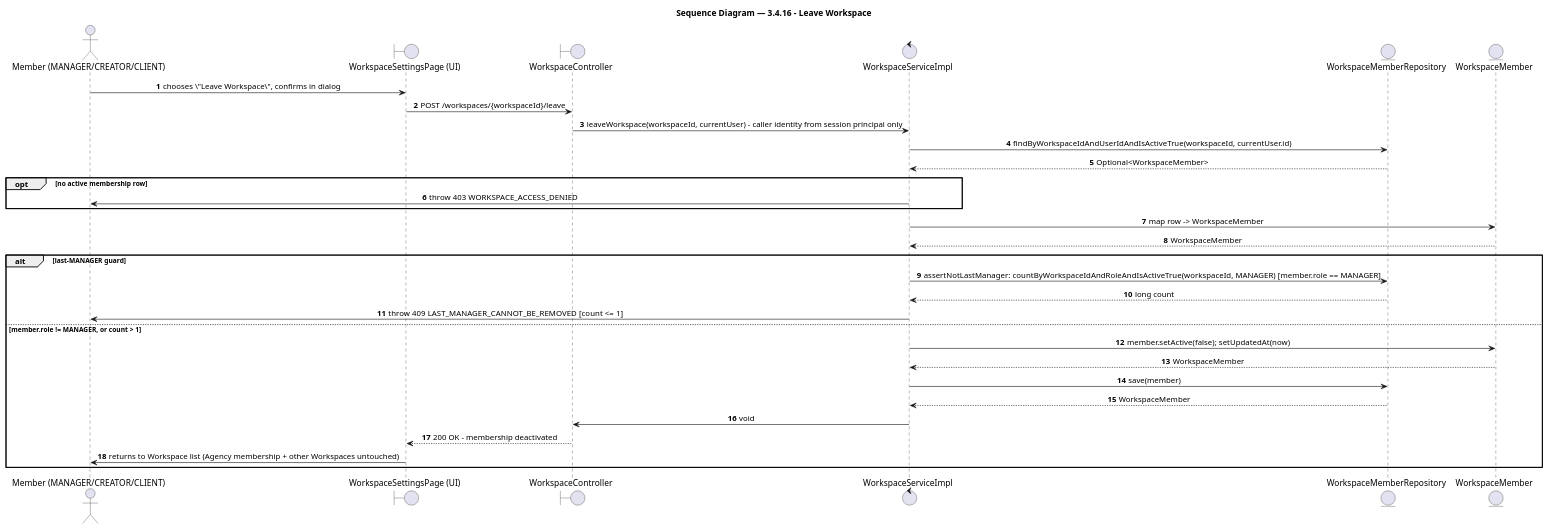
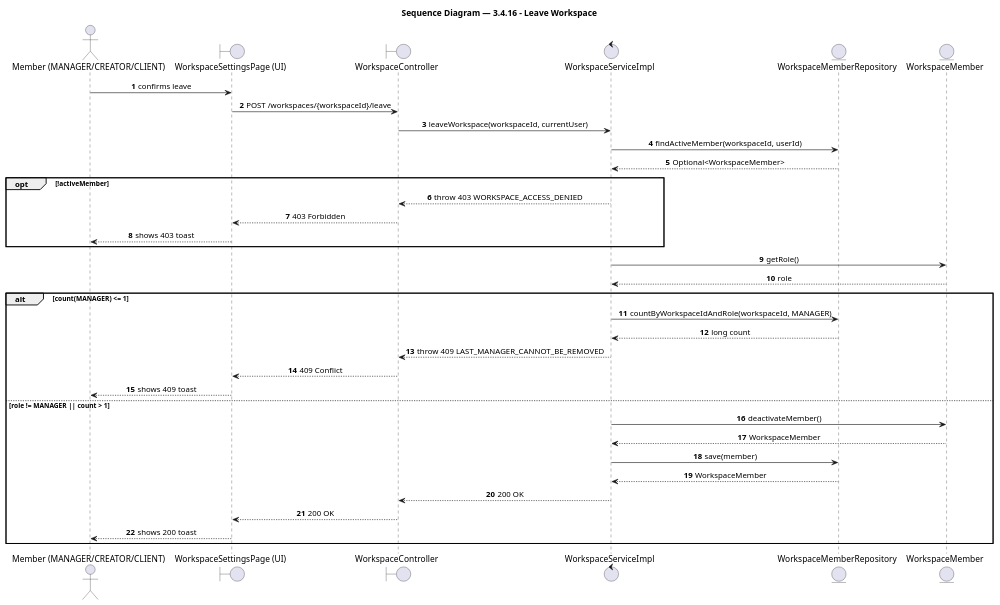
The diagram in docs/feature/agency-workspace/3-4-16-leave-workspace/report4_sequence.puml (BrandHubOrganization/brandhub-infrastructure), drawn with PlantUML before and after one commit. The commit also changed 33 other files, not shown here.

Commit message:
docs: add PlantUML sequence diagrams and class diagrams for agency workspace and profile features

```diff
--- a/docs/feature/agency-workspace/3-4-16-leave-workspace/report4_sequence.puml
+++ b/docs/feature/agency-workspace/3-4-16-leave-workspace/report4_sequence.puml
@@ -1,43 +1,47 @@
 @startuml 3.4.16 - Leave Workspace
 title Sequence Diagram — 3.4.16 - Leave Workspace
 
 autonumber
 skinparam shadowing false
 skinparam sequenceMessageAlign center
 skinparam BoxPadding 10
 skinparam ParticipantPadding 10
 
 ' === Participants ===
 actor "Member (MANAGER/CREATOR/CLIENT)" as member_manager_creator_client
 boundary "WorkspaceSettingsPage (UI)" as workspacesettingspage_ui
 boundary "WorkspaceController" as workspacecontroller
 control "WorkspaceServiceImpl" as workspaceserviceimpl
 entity "WorkspaceMemberRepository" as workspacememberrepository
 entity "WorkspaceMember" as workspacemember
 
 ' === Flow ===
-member_manager_creator_client -> workspacesettingspage_ui: chooses \"Leave Workspace\", confirms in dialog
+member_manager_creator_client -> workspacesettingspage_ui: confirms leave
 workspacesettingspage_ui -> workspacecontroller: POST /workspaces/{workspaceId}/leave
-workspacecontroller -> workspaceserviceimpl: leaveWorkspace(workspaceId, currentUser) - caller identity from session principal only
-workspaceserviceimpl -> workspacememberrepository: findByWorkspaceIdAndUserIdAndIsActiveTrue(workspaceId, currentUser.id)
+workspacecontroller -> workspaceserviceimpl: leaveWorkspace(workspaceId, currentUser)
+workspaceserviceimpl -> workspacememberrepository: findActiveMember(workspaceId, userId)
 workspacememberrepository --> workspaceserviceimpl: Optional<WorkspaceMember>
-opt no active membership row
-  workspaceserviceimpl -> member_manager_creator_client: throw 403 WORKSPACE_ACCESS_DENIED
+opt !activeMember
+  workspaceserviceimpl --> workspacecontroller: throw 403 WORKSPACE_ACCESS_DENIED
+  workspacecontroller --> workspacesettingspage_ui: 403 Forbidden
+  workspacesettingspage_ui --> member_manager_creator_client: shows 403 toast
 end
-workspaceserviceimpl -> workspacemember: map row -> WorkspaceMember
-workspacemember --> workspaceserviceimpl: WorkspaceMember
-alt last-MANAGER guard
-  workspaceserviceimpl -> workspacememberrepository: assertNotLastManager: countByWorkspaceIdAndRoleAndIsActiveTrue(workspaceId, MANAGER)  [member.role == MANAGER]
+workspaceserviceimpl -> workspacemember: getRole()
+workspacemember --> workspaceserviceimpl: role
+alt count(MANAGER) <= 1
+  workspaceserviceimpl -> workspacememberrepository: countByWorkspaceIdAndRole(workspaceId, MANAGER)
   workspacememberrepository --> workspaceserviceimpl: long count
-  workspaceserviceimpl -> member_manager_creator_client: throw 409 LAST_MANAGER_CANNOT_BE_REMOVED  [count <= 1]
-else member.role != MANAGER, or count > 1
-  workspaceserviceimpl -> workspacemember: member.setActive(false); setUpdatedAt(now)
+  workspaceserviceimpl --> workspacecontroller: throw 409 LAST_MANAGER_CANNOT_BE_REMOVED
+  workspacecontroller --> workspacesettingspage_ui: 409 Conflict
+  workspacesettingspage_ui --> member_manager_creator_client: shows 409 toast
+else role != MANAGER || count > 1
+  workspaceserviceimpl -> workspacemember: deactivateMember()
   workspacemember --> workspaceserviceimpl: WorkspaceMember
   workspaceserviceimpl -> workspacememberrepository: save(member)
   workspacememberrepository --> workspaceserviceimpl: WorkspaceMember
-  workspaceserviceimpl -> workspacecontroller: void
-  workspacecontroller --> workspacesettingspage_ui: 200 OK - membership deactivated
-  workspacesettingspage_ui -> member_manager_creator_client: returns to Workspace list (Agency membership + other Workspaces untouched)
+  workspaceserviceimpl --> workspacecontroller: 200 OK
+  workspacecontroller --> workspacesettingspage_ui: 200 OK
+  workspacesettingspage_ui --> member_manager_creator_client: shows 200 toast
 end
 
 @enduml
```
